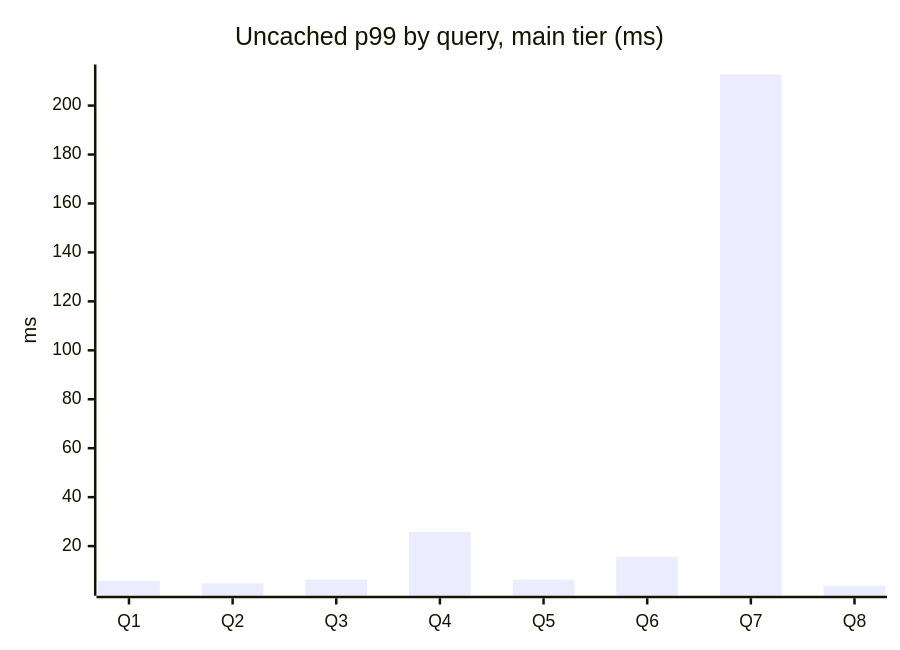
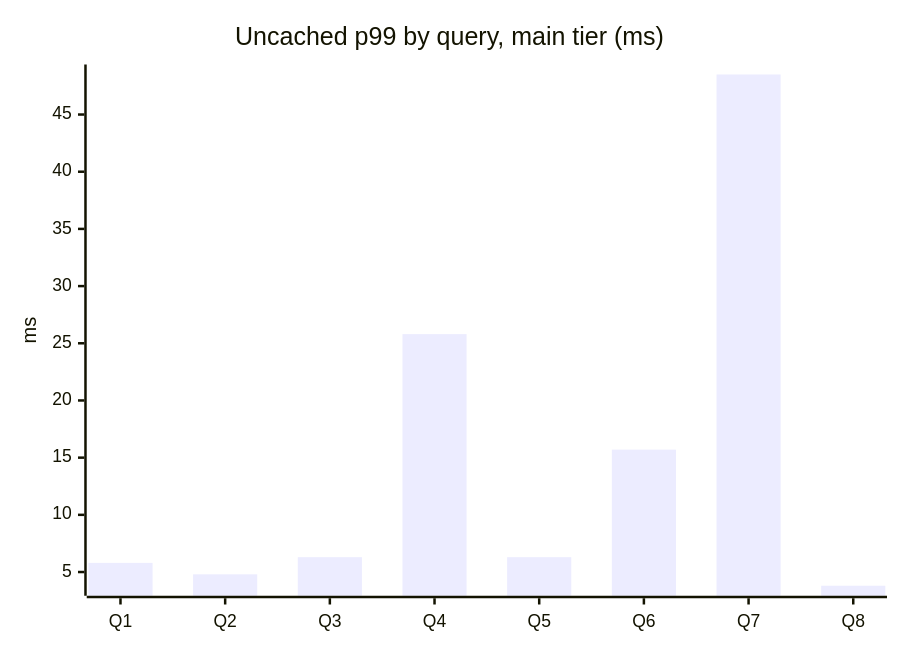
Before and after one commit to WarHawkADI/cuboid: the diagram in docs/BENCHMARKS.md, drawn with Mermaid. The commit also changed other lines of this file and 15 other files, not shown here.

````diff
--- a/docs/BENCHMARKS.md
+++ b/docs/BENCHMARKS.md
@@ -26,7 +26,7 @@
 ```mermaid
 xychart-beta
   title "Uncached p99 by query, main tier (ms)"
   x-axis ["Q1", "Q2", "Q3", "Q4", "Q5", "Q6", "Q7", "Q8"]
   y-axis "ms"
-  bar [5.8, 4.8, 6.3, 25.8, 6.3, 15.7, 212.7, 3.8]
+  bar [5.8, 4.8, 6.3, 25.8, 6.3, 15.7, 48.5, 3.8]
 ```
````
